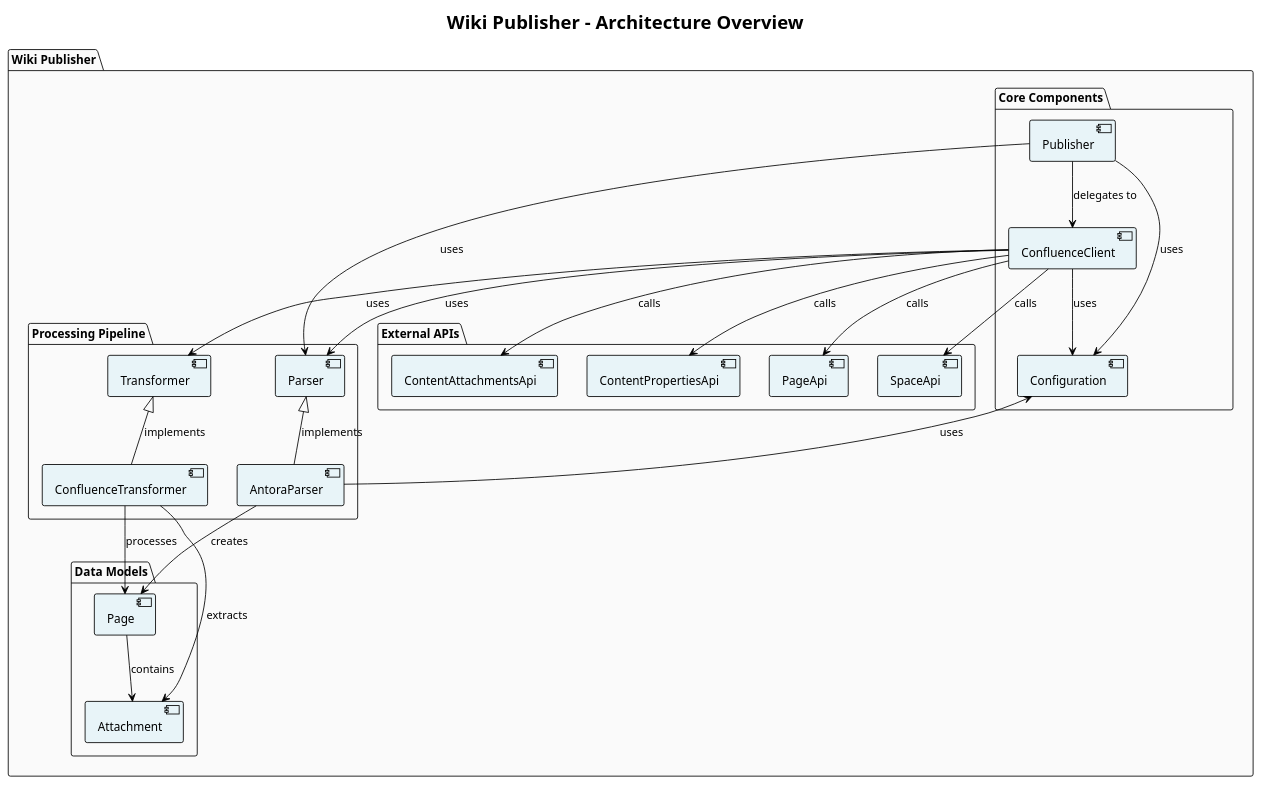
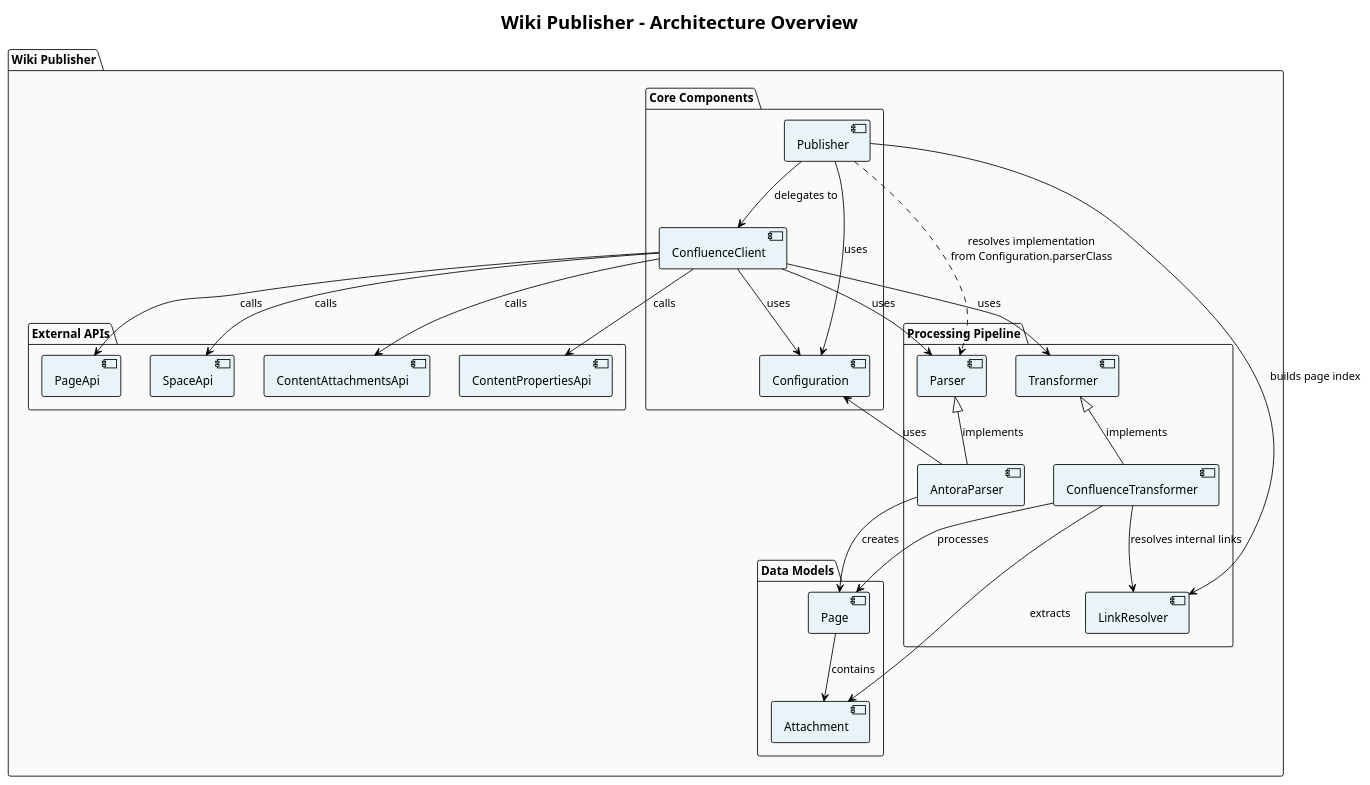
Before and after one commit to huber-and/atlassian-tools: the diagram in wiki-publisher/src/main/docs/plantuml/architecture.puml, drawn with PlantUML. The commit also changed 8 other files, not shown here.

```diff
--- a/wiki-publisher/src/main/docs/plantuml/architecture.puml
+++ b/wiki-publisher/src/main/docs/plantuml/architecture.puml
@@ -1,59 +1,63 @@
 @startuml architecture
 !theme plain
 title Wiki Publisher - Architecture Overview
 
 skinparam packageBackgroundColor #FAFAFA
 skinparam componentBackgroundColor #E8F4F8
 skinparam interfaceBackgroundColor #F0E8F8
 
 package "Wiki Publisher" {
   package "Core Components" {
     component [Publisher] as pub
     component [ConfluenceClient] as client
     component [Configuration] as config
   }
 
   package "Data Models" {
     component [Page] as page
     component [Attachment] as attachment
   }
 
   package "Processing Pipeline" {
     interface [Parser] as parser_iface
     component [AntoraParser] as antora_parser
 
+    component [LinkResolver] as link_resolver
+
     interface [Transformer] as transformer_iface
     component [ConfluenceTransformer] as confluence_transformer
   }
 
   package "External APIs" {
     component [PageApi] as page_api
     component [SpaceApi] as space_api
     component [ContentAttachmentsApi] as attachments_api
     component [ContentPropertiesApi] as properties_api
   }
 }
 
 pub --> config: uses
-pub --> parser_iface: uses
+pub ..> parser_iface: resolves implementation\nfrom Configuration.parserClass
+pub --> link_resolver: builds page index
 pub --> client: delegates to
 
 client --> config: uses
 client --> parser_iface: uses
 client --> transformer_iface: uses
 client --> page_api: calls
 client --> space_api: calls
 client --> attachments_api: calls
 client --> properties_api: calls
 
 parser_iface <|-- antora_parser: implements
 antora_parser --> page: creates
 antora_parser --> config: uses
 
 transformer_iface <|-- confluence_transformer: implements
 confluence_transformer --> page: processes
 confluence_transformer --> attachment: extracts
+confluence_transformer --> link_resolver: resolves internal links
 
 page --> attachment: contains
 
 @enduml
```
